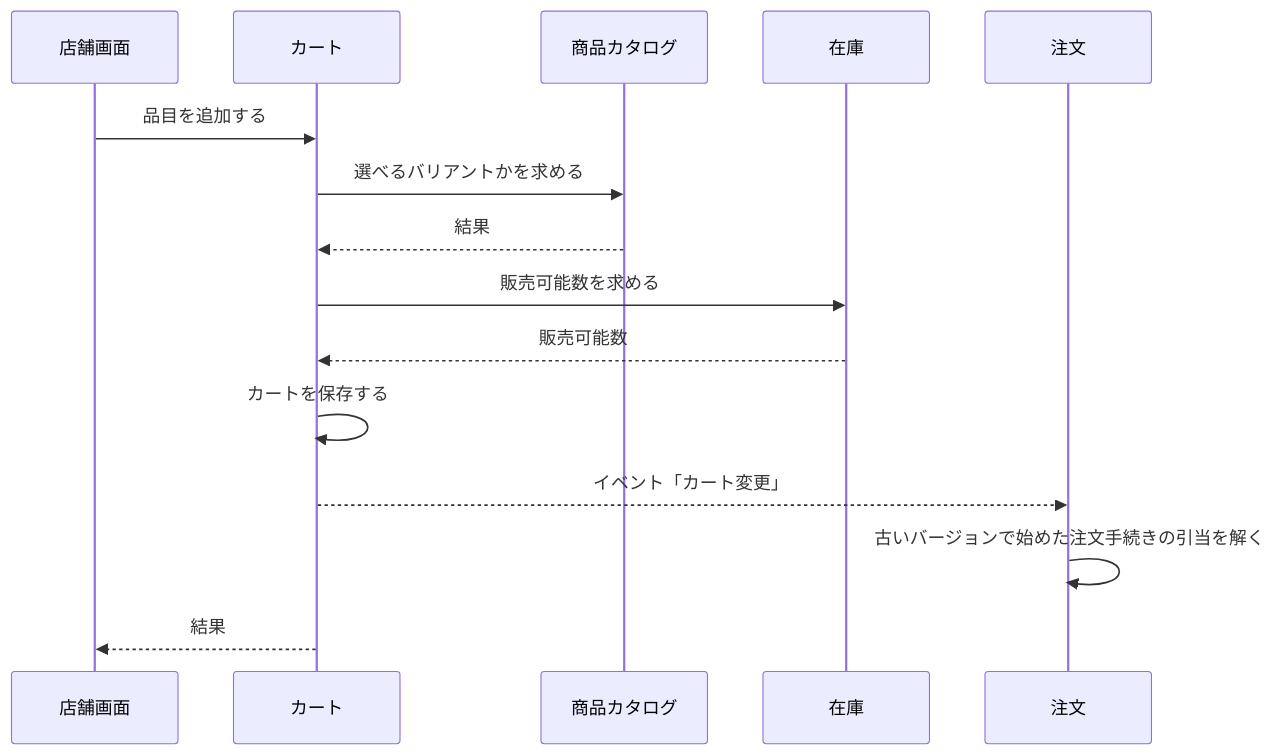
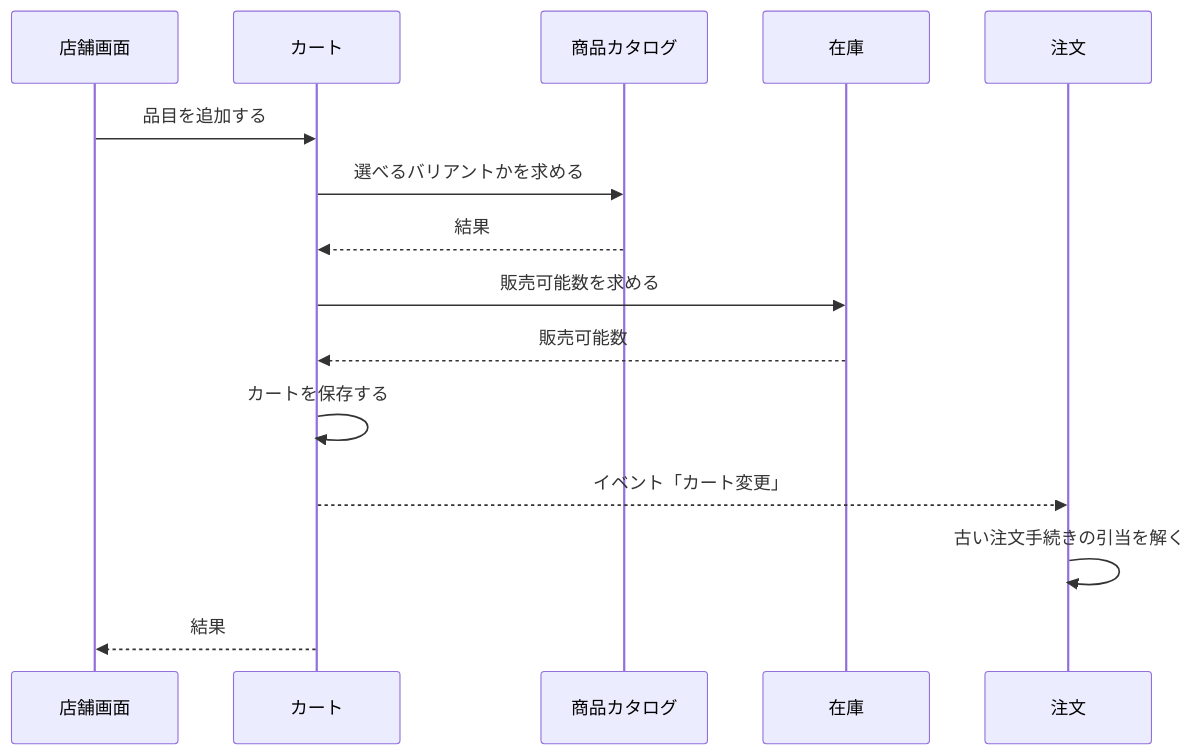
The first of 2 diagrams in docs/02-設計/cart.md (roger88106/ec-site), drawn with Mermaid before and after one commit. The commit also changed other lines of this file and 9 other files, not shown here.

````diff
--- a/docs/02-設計/cart.md
+++ b/docs/02-設計/cart.md
@@ -28,17 +28,17 @@
 ```mermaid
 sequenceDiagram
     participant U as 店舗画面
     participant C as カート
     participant P as 商品カタログ
     participant I as 在庫
     participant O as 注文
     U->>C: 品目を追加する
     C->>P: 選べるバリアントかを求める
     P-->>C: 結果
     C->>I: 販売可能数を求める
     I-->>C: 販売可能数
     C->>C: カートを保存する
     C-->>O: イベント「カート変更」
-    O->>O: 古いバージョンで始めた注文手続きの引当を解く
+    O->>O: 古い注文手続きの引当を解く
     C-->>U: 結果
 ```
````
